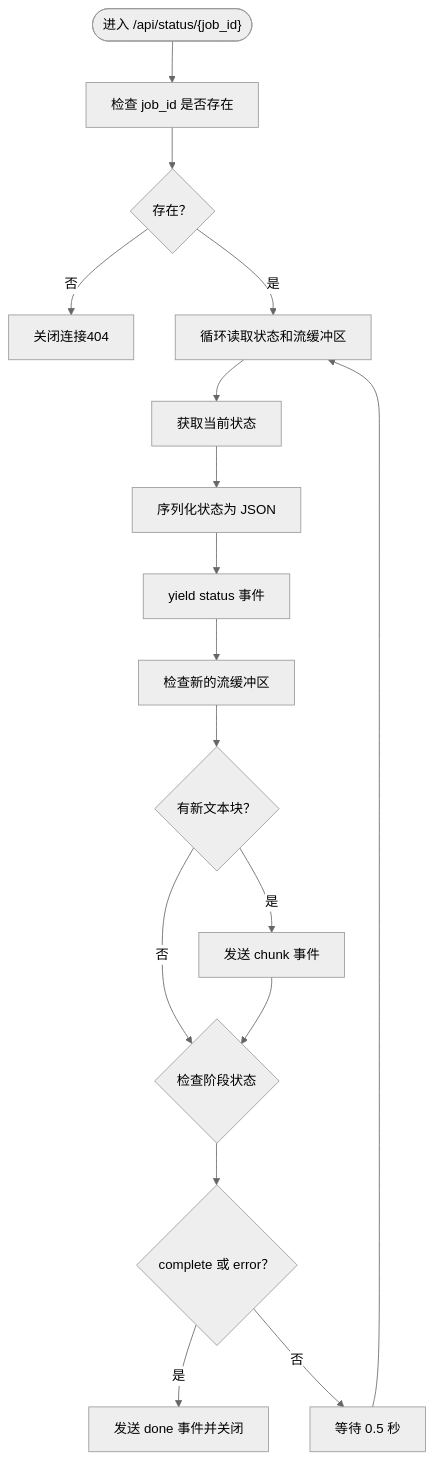
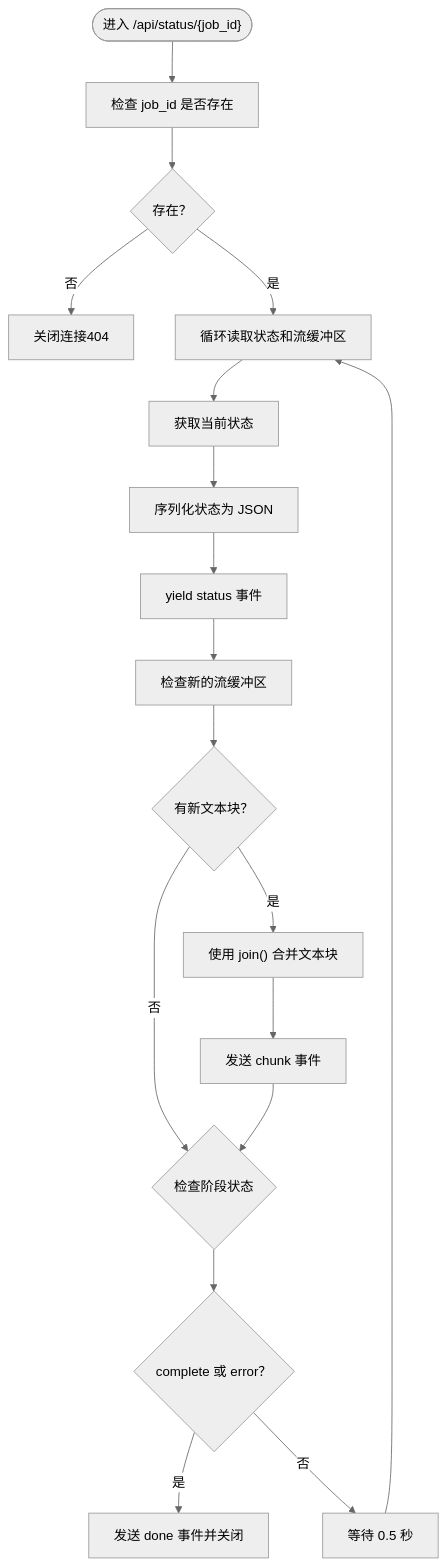
Before and after one commit to tjujingzong/Novel-to-Screenplay: the third of 7 diagrams in .qoder/repowiki/zh/content/API参考文档/进度监控端点.md, drawn with Mermaid (neutral theme). The commit also changed other lines of this file and 14 other files, not shown here.

````diff
--- a/.qoder/repowiki/zh/content/API参考文档/进度监控端点.md
+++ b/.qoder/repowiki/zh/content/API参考文档/进度监控端点.md
@@ -190,19 +190,20 @@
 ```mermaid
 flowchart TD
 Start(["进入 /api/status/{job_id}"]) --> CheckJob["检查 job_id 是否存在"]
 CheckJob --> Exists{"存在？"}
 Exists --> |否| Close["关闭连接404"]
 Exists --> |是| Loop["循环读取状态和流缓冲区"]
 Loop --> GetStatus["获取当前状态"]
 GetStatus --> SerializeStatus["序列化状态为 JSON"]
 SerializeStatus --> YieldStatus["yield status 事件"]
 YieldStatus --> CheckChunks["检查新的流缓冲区"]
 CheckChunks --> HasNew{"有新文本块？"}
-HasNew --> |是| SendChunk["发送 chunk 事件"]
+HasNew --> |是| JoinChunks["使用 join() 合并文本块"]
+JoinChunks --> SendChunk["发送 chunk 事件"]
 HasNew --> |否| CheckStage{"检查阶段状态"}
 SendChunk --> CheckStage
 CheckStage --> Complete{"complete 或 error？"}
 Complete --> |是| SendDone["发送 done 事件并关闭"]
 Complete --> |否| Sleep["等待 0.5 秒"]
 Sleep --> Loop
 ```
````
